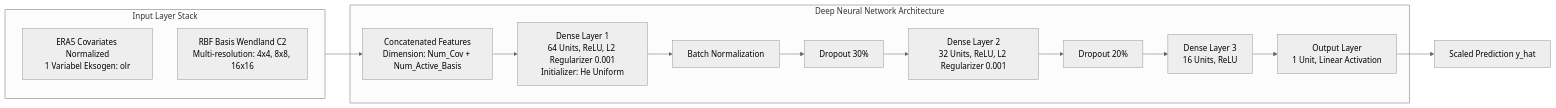
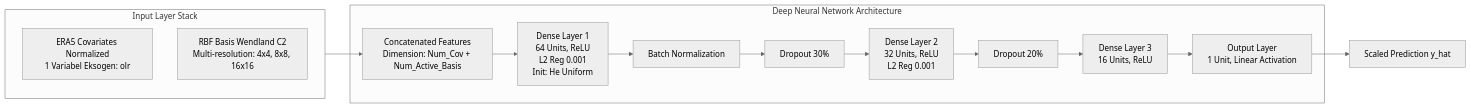
The second of 2 diagrams in README.md (pxndameong/dk-2026), drawn with Mermaid (neutral theme) before and after one commit. The commit also changed other lines of this file, not shown here.

````diff
--- a/README.md
+++ b/README.md
@@ -58,20 +58,20 @@
 ```mermaid
 graph LR
-    subgraph Input_Features [Input Layer Stack]
-        X1[ERA5 Covariates Normalized<br/>1 Variabel Eksogen: olr]
-        X2[RBF Basis Wendland C2<br/>Multi-resolution: 4x4, 8x8, 16x16]
+    subgraph Input_Features ["Input Layer Stack"]
+        X1["ERA5 Covariates Normalized<br/>1 Variabel Eksogen: olr"]
+        X2["RBF Basis Wendland C2<br/>Multi-resolution: 4x4, 8x8, 16x16"]
     end
 
-    subgraph DNN_Layers [Deep Neural Network Architecture]
-        Input[Concatenated Features<br/>Dimension: Num_Cov + Num_Active_Basis] --> Dense1[Dense Layer 1<br/>64 Units, ReLU, L2 Regularizer 0.001<br/>Initializer: He Uniform]
-        Dense1 --> BN[Batch Normalization]
-        BN --> Drop1[Dropout 30%]
-        Drop1 --> Dense2[Dense Layer 2<br/>32 Units, ReLU, L2 Regularizer 0.001]
-        Dense2 --> Drop2[Dropout 20%]
-        Drop2 --> Dense3[Dense Layer 3<br/>16 Units, ReLU]
-        Dense3 --> Out[Output Layer<br/>1 Unit, Linear Activation]
+    subgraph DNN_Layers ["Deep Neural Network Architecture"]
+        Input["Concatenated Features<br/>Dimension: Num_Cov + Num_Active_Basis"] --> Dense1["Dense Layer 1<br/>64 Units, ReLU<br/>L2 Reg 0.001<br/>Init: He Uniform"]
+        Dense1 --> BN["Batch Normalization"]
+        BN --> Drop1["Dropout 30%"]
+        Drop1 --> Dense2["Dense Layer 2<br/>32 Units, ReLU<br/>L2 Reg 0.001"]
+        Dense2 --> Drop2["Dropout 20%"]
+        Drop2 --> Dense3["Dense Layer 3<br/>16 Units, ReLU"]
+        Dense3 --> Out["Output Layer<br/>1 Unit, Linear Activation"]
     end
 
     Input_Features --> Input
-    Out --> YPred[Scaled Prediction y_hat]
+    Out --> YPred["Scaled Prediction y_hat"]
 ```
````
